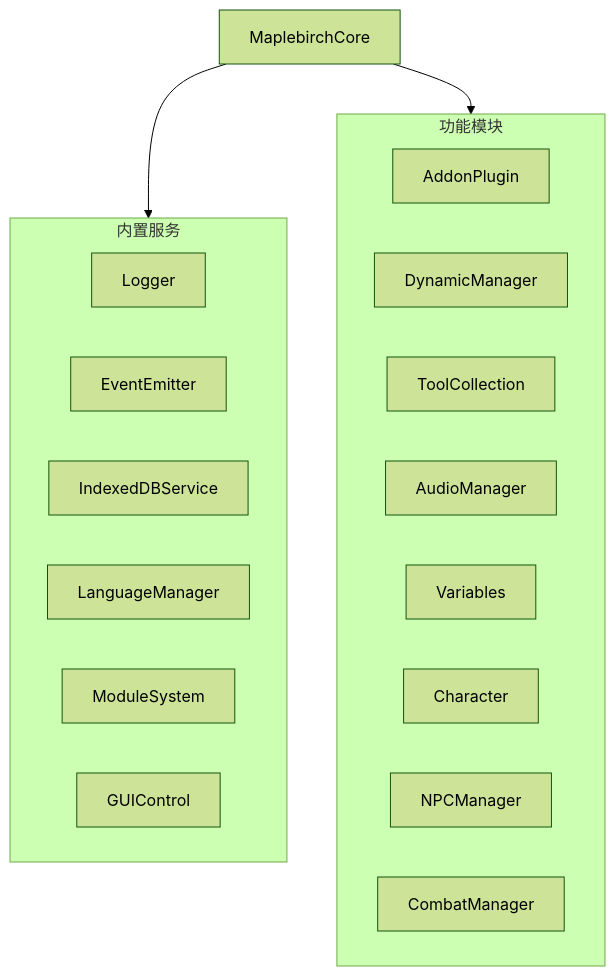
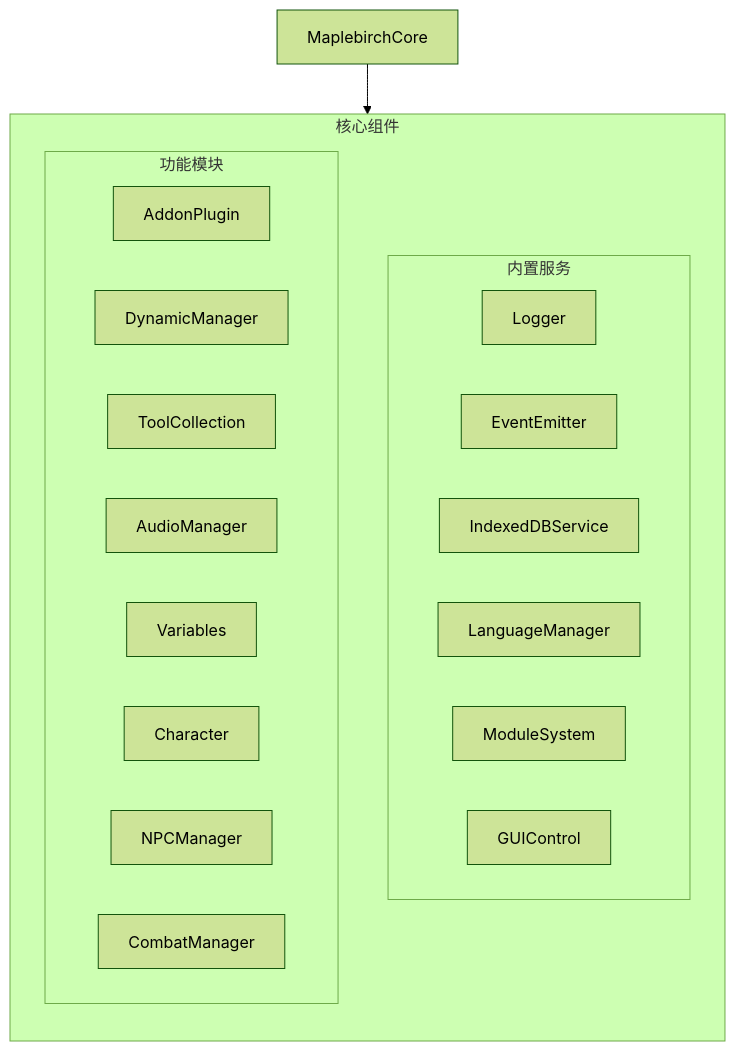
One commit to Muromi-Rikka/scml-website changed the first of 4 diagrams in docs/zh/maplebirch/architecture.md. Above: the diagram before and after it, drawn with Mermaid (forest theme). The commit also changed 1 other file, not shown here.

Commit message:
Refactor architecture documentation for clarity and structure
- Updated the architecture diagrams in both English and Chinese versions to use a flowchart format for better visualization.
- Consolidated built-in services and functional modules under a single "Core Components" section for improved organization.
- Enhanced the overall readability and consistency of the architecture documentation.

````diff
--- a/docs/zh/maplebirch/architecture.md
+++ b/docs/zh/maplebirch/architecture.md
@@ -9,23 +9,26 @@
 ```mermaid
-graph TD
-  subgraph services [内置服务]
-    Logger
-    EventEmitter
-    IndexedDBService
-    LanguageManager
-    ModuleSystem
-    GUIControl
+flowchart TB
+  Core["MaplebirchCore"]
+  subgraph components [核心组件]
+    direction TB
+    subgraph services [内置服务]
+      Logger
+      EventEmitter
+      IndexedDBService
+      LanguageManager
+      ModuleSystem
+      GUIControl
+    end
+    subgraph modules [功能模块]
+      AddonPlugin
+      DynamicManager
+      ToolCollection
+      AudioManager
+      Variables
+      Character
+      NPCManager
+      CombatManager
+    end
   end
-  subgraph modules [功能模块]
-    AddonPlugin
-    DynamicManager
-    ToolCollection
-    AudioManager
-    Variables
-    Character
-    NPCManager
-    CombatManager
-  end
-  Core["MaplebirchCore"] --> services
-  Core --> modules
+  Core --> components
 ```
````
